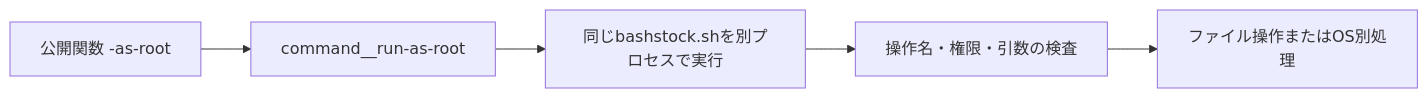
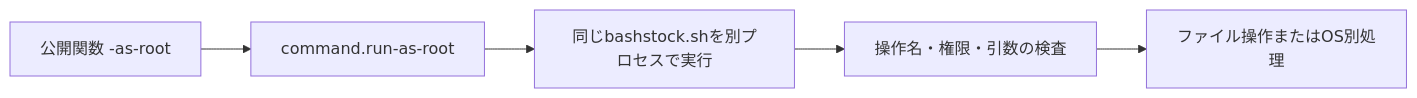
The second of 2 diagrams in docs/explanation/architecture.md (yuusakuri/bashstock), drawn with Mermaid before and after one commit. The commit also changed other lines of this file and 274 other files, not shown here.

````diff
--- a/docs/explanation/architecture.md
+++ b/docs/explanation/architecture.md
@@ -64,12 +64,12 @@
 ```mermaid
 flowchart LR
   Public[公開関数 -as-root]
-  Runner[command__run-as-root]
+  Runner[command.run-as-root]
   Process[同じbashstock.shを別プロセスで実行]
   Dispatch[操作名・権限・引数の検査]
   Operation[ファイル操作またはOS別処理]
   Public --> Runner
   Runner --> Process
   Process --> Dispatch
   Dispatch --> Operation
 ```
````
